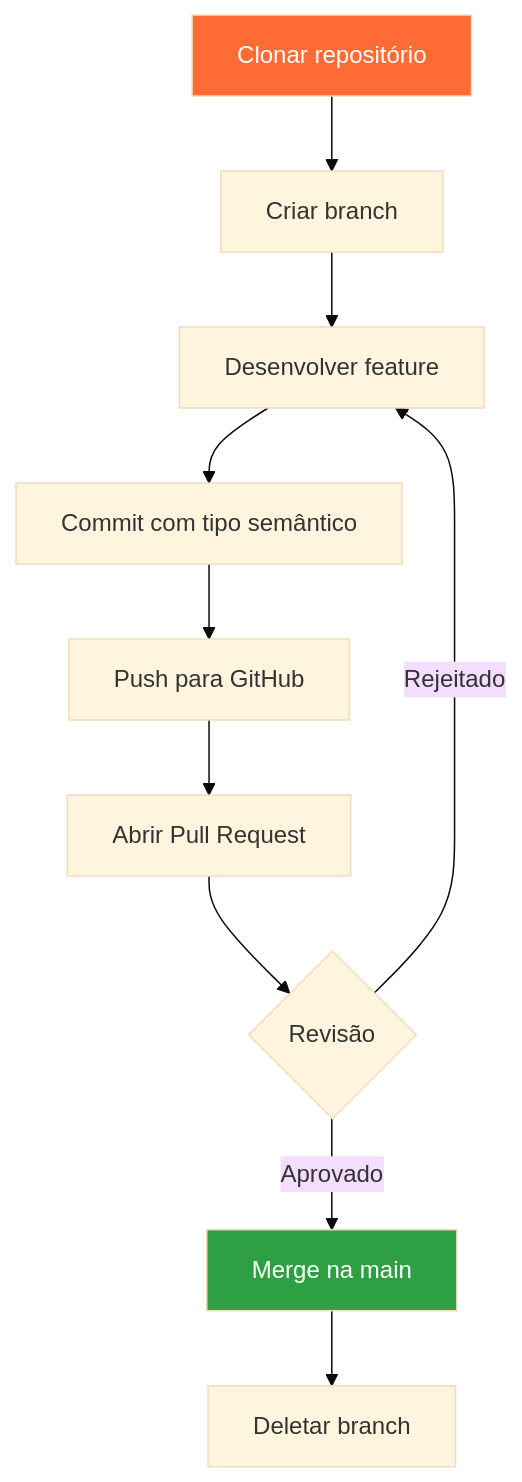
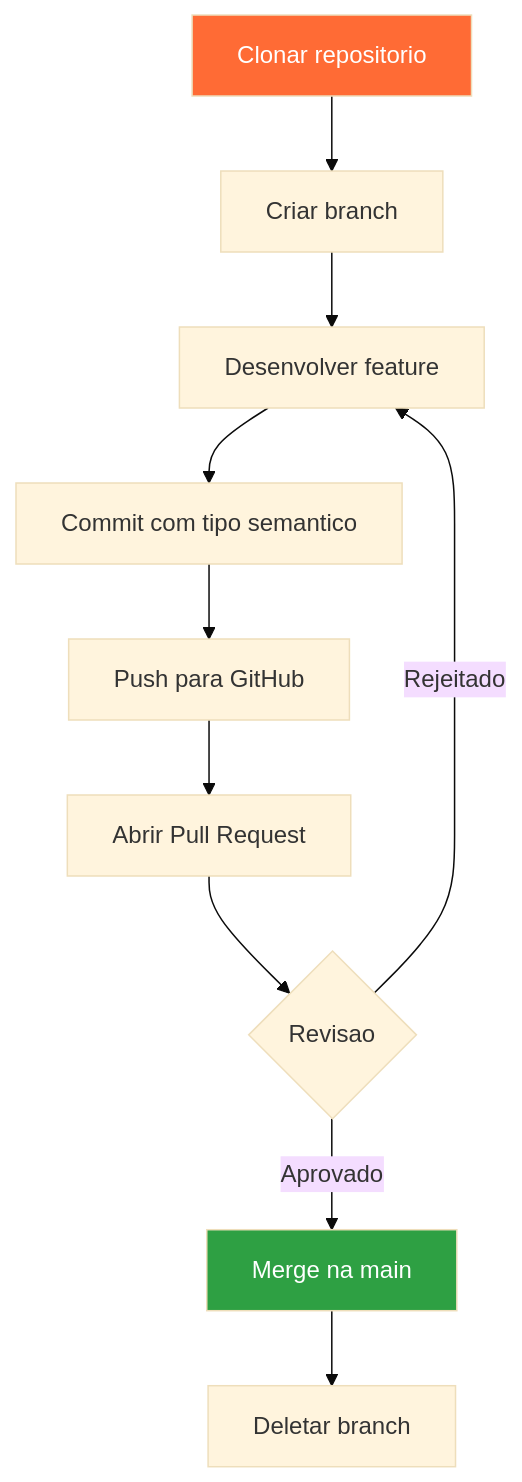
Before and after one commit to ViniciusCMB/telemetry-trainee-program: the first of 2 diagrams in docs/trilhas/github.md, drawn with Mermaid (base theme). The commit also changed 8 other files, not shown here.

First line of the commit message:
fix: corrige syntaxe Mermaid flowcharts para exibicao web

````diff
--- a/docs/trilhas/github.md
+++ b/docs/trilhas/github.md
@@ -15,15 +15,15 @@
 ```mermaid
 flowchart TD
-    A[Clonar repositório] --> B[Criar branch]
+    A[Clonar repositorio] --> B[Criar branch]
     B --> C[Desenvolver feature]
-    C --> D[Commit com tipo semântico]
+    C --> D[Commit com tipo semantico]
     D --> E[Push para GitHub]
     E --> F[Abrir Pull Request]
-    F --> G{Revisão}
+    F --> G{Revisao}
     G -->|Aprovado| H[Merge na main]
     G -->|Rejeitado| C
     H --> I[Deletar branch]
     
     style A fill:#ff6b35,color:#fff
     style H fill:#2ea043,color:#fff
 ```
````
